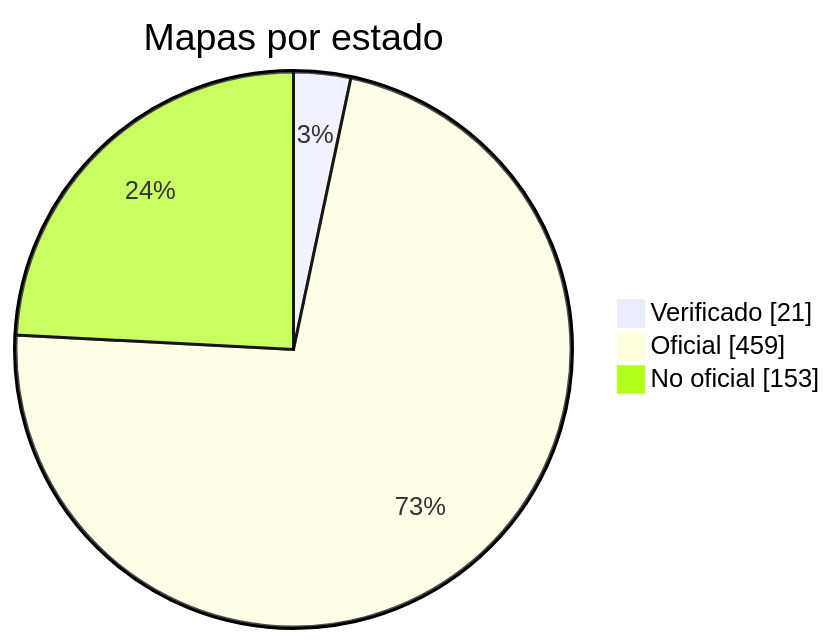
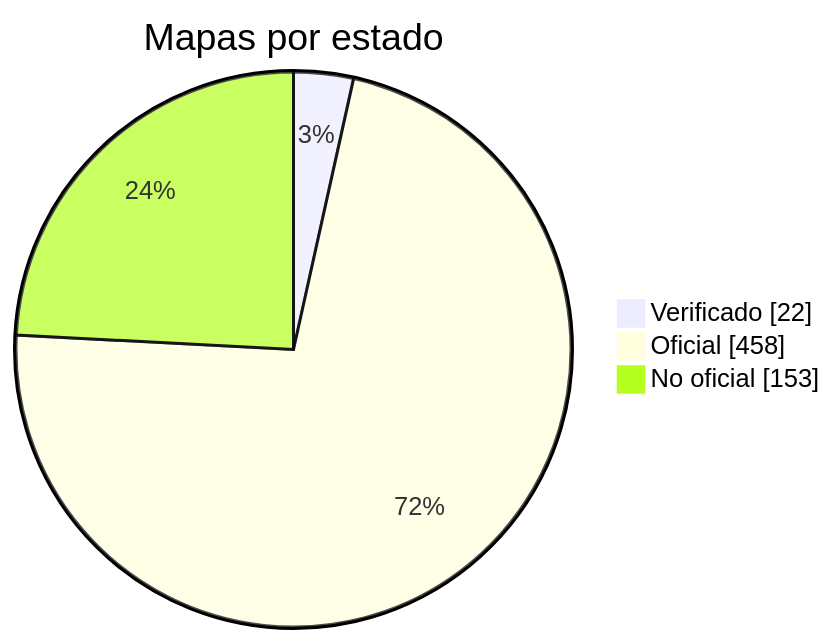
The diagram in docs/readme/README_ES.md (nobrega8/mbmap-library), drawn with Mermaid before and after one commit. The commit also changed 6 other files, not shown here.

````diff
--- a/docs/readme/README_ES.md
+++ b/docs/readme/README_ES.md
@@ -54,7 +54,7 @@
 ```mermaid
 pie showData
     title Mapas por estado
-    "Verificado" : 21
-    "Oficial" : 459
+    "Verificado" : 22
+    "Oficial" : 458
     "No oficial" : 153
 ```
````
